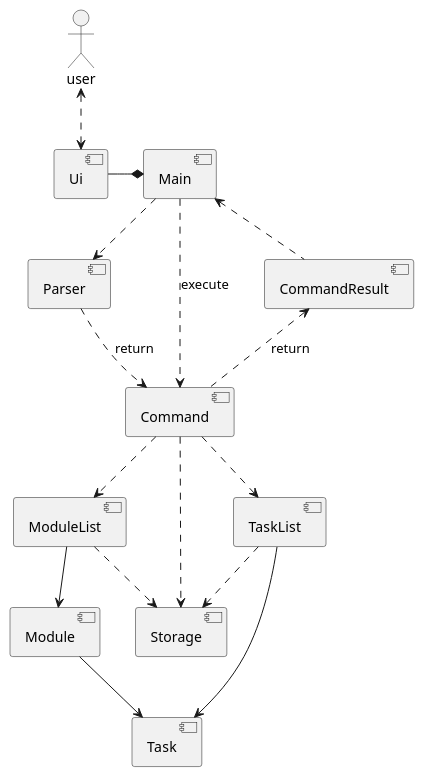
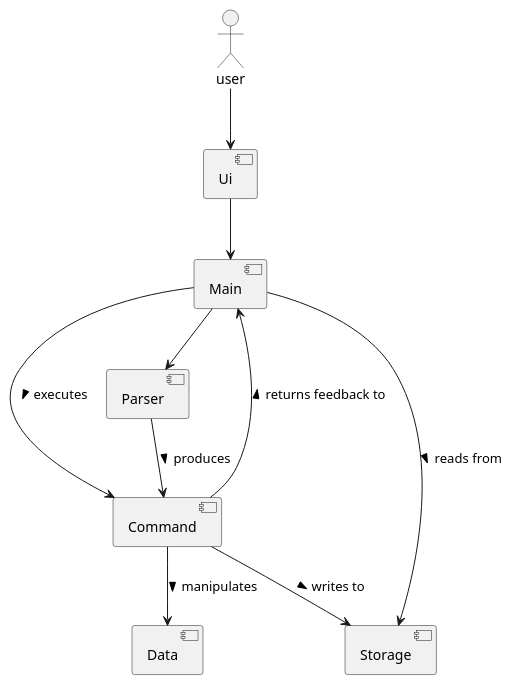
The diagram in docs/Components.puml (nus-cs2113-AY2122S2/tp), drawn with PlantUML before and after one commit. The commit also changed 6 other files, not shown here.

Commit message:
Add data component section and associated UML diagrams

```diff
--- a/docs/Components.puml
+++ b/docs/Components.puml
@@ -1,25 +1,12 @@
 @startuml
-[Main]
-[Parser]
-[Command]
 actor user
-user <..> [Ui]
-[Ui]-*[Main]
-[Main]..>[Parser]
-[Parser]..>[Command]: return
-[Main] ..> [Command]: execute
-[CommandResult] <.. [Command]: return
-[Main] <.. [CommandResult]
-[Command] ..> [Storage]
-[Module]
-[Task]
-[ModuleList]
-[TaskList]
-[Module] --> [Task]
-[ModuleList] --> [Module]
-[TaskList] --> [Task]
-[Command] ..> [ModuleList]
-[Command] ..> [TaskList]
-[ModuleList] ..> [Storage]
-[TaskList] ..> [Storage]
+user --> [Ui]
+[Ui] --> [Main]
+[Main] --> [Parser]
+[Parser] --> [Command]: produces >
+[Main] --> [Command]: executes >
+[Command] --> [Main]: returns feedback to >
+[Command] --> [Storage]: writes to >
+[Command] --> [Data]: manipulates >
+[Main] --> [Storage]: reads from >
 @enduml
```
